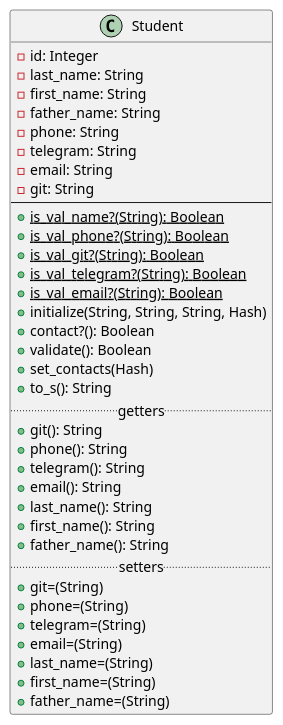
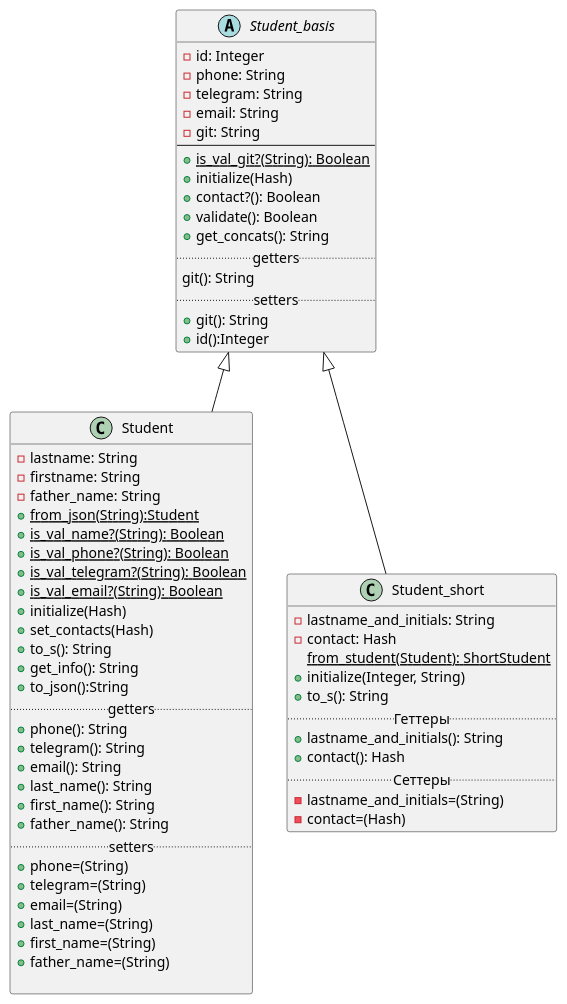
One commit to ColdEiler/pattern changed the diagram in lab2/student_diagrams.puml. Above: the diagram before and after it, drawn with PlantUML. The commit also changed 1 other file, not shown here.

```diff
--- a/lab2/student_diagrams.puml
+++ b/lab2/student_diagrams.puml
@@ -1,41 +1,67 @@
 @startuml
-'https://plantuml.com/class-diagram
+'https://plantuml.com/class-diagram'
 
-class Student{
+abstract class Student_basis{
      -id: Integer
-     -last_name: String
-     -first_name: String
-     -father_name: String
      -phone: String
      -telegram: String
      -email: String
      -git: String
 --
+     +{static}is_val_git?(String): Boolean
+     +initialize(Hash)
+     +contact?(): Boolean
+     +validate(): Boolean
+     +get_concats(): String
+     .. getters..
+     git(): String
+     .. setters ..
+     +git(): String
+     +id():Integer
+}
+
+class Student extends Student_basis{
+     -lastname: String
+     -firstname: String
+     -father_name: String
+     +{static}from_json(String):Student
      +{static}is_val_name?(String): Boolean
      +{static}is_val_phone?(String): Boolean
-     +{static}is_val_git?(String): Boolean
      +{static}is_val_telegram?(String): Boolean
      +{static}is_val_email?(String): Boolean
-     +initialize(String, String, String, Hash)
-     +contact?(): Boolean
-     +validate(): Boolean
+     +initialize(Hash)
      +set_contacts(Hash)
      +to_s(): String
+     +get_info(): String
+     +to_json():String
      .. getters ..
-     +git(): String
      +phone(): String
      +telegram(): String
      +email(): String
      +last_name(): String
      +first_name(): String
      +father_name(): String
      .. setters ..
-     +git=(String)
      +phone=(String)
      +telegram=(String)
      +email=(String)
      +last_name=(String)
      +first_name=(String)
      +father_name=(String)
+
+}
+
+class Student_short extends Student_basis{
+     -lastname_and_initials: String
+     -contact: Hash
+     {static}from_student(Student): ShortStudent
+     +initialize(Integer, String)
+     +to_s(): String
+     .. Геттеры ..
+     +lastname_and_initials(): String
+     +contact(): Hash
+     .. Сеттеры ..
+     -lastname_and_initials=(String)
+     -contact=(Hash)
 }
 @enduml
```
